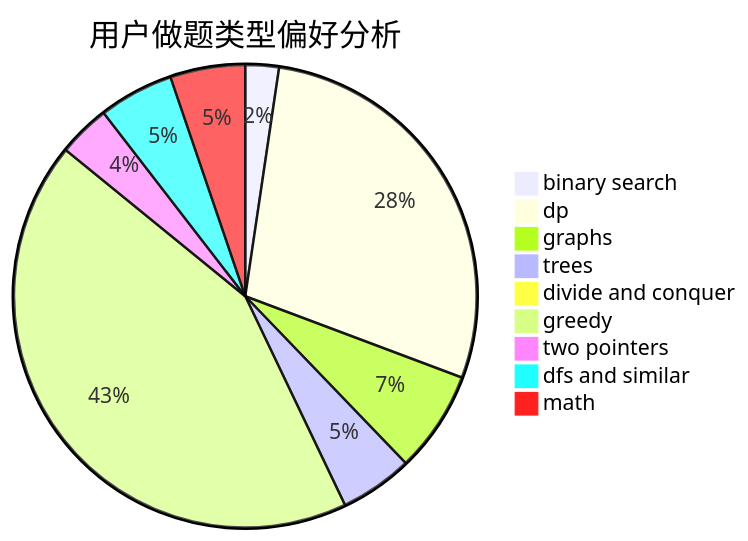
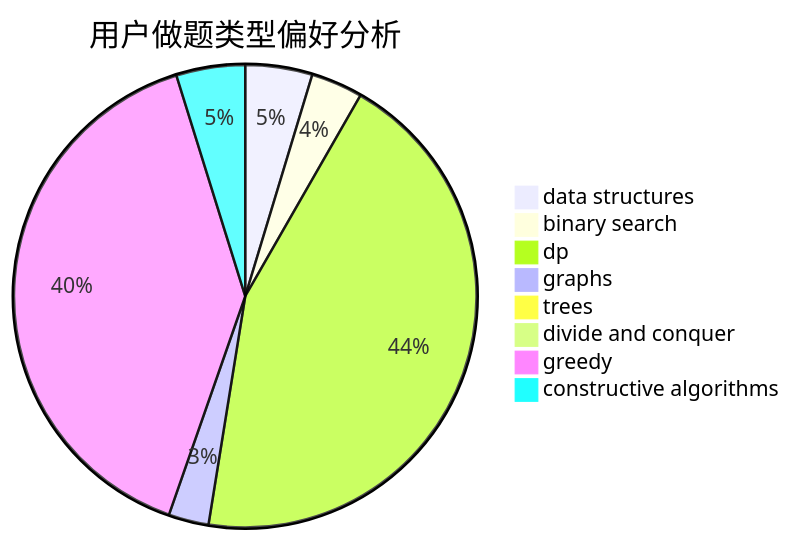
One commit to sherpahu/cfrs.github.io changed the second of 3 diagrams in docs/user/u1839.md. Above: the diagram before and after it, drawn with Mermaid. The commit also changed other lines of this file and 2775 other files, not shown here.

````diff
--- a/docs/user/u1839.md
+++ b/docs/user/u1839.md
@@ -23,12 +23,11 @@
 ```mermaid
 pie title 用户做题类型偏好分析
-    "binary search" :  34
-    "dp" :  412
-    "graphs" :  103
-    "trees" :  74
-    "divide and conquer" :  5
-    "greedy" :  624
-    "two pointers" :  53
-    "dfs and similar" :  76
-    "math" :  76
+    "data structures" :  35
+    "binary search" :  27
+    "dp" :  331
+    "graphs" :  21
+    "trees" :  5
+    "divide and conquer" :  1
+    "greedy" :  298
+    "constructive algorithms" :  36
 ```
````
